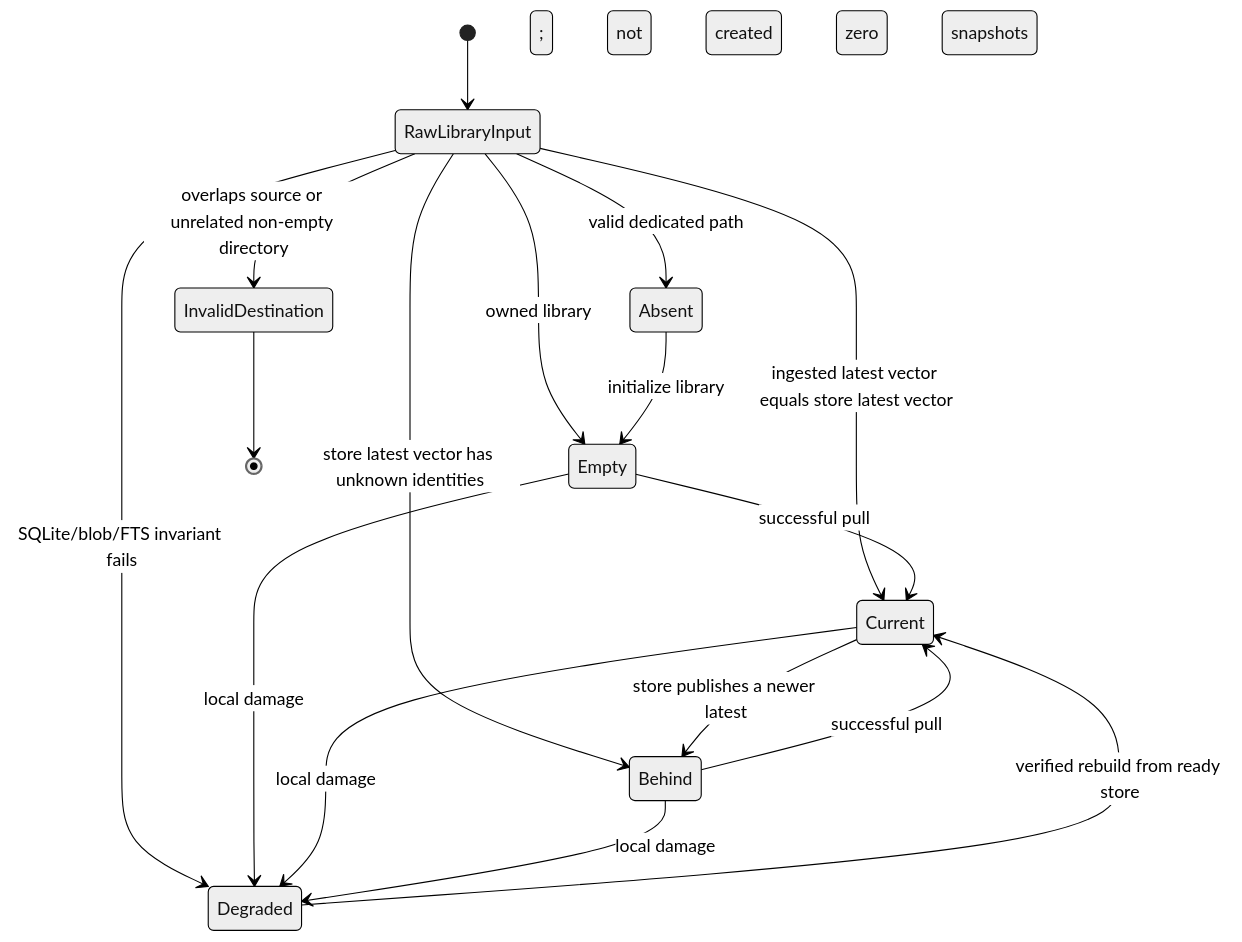
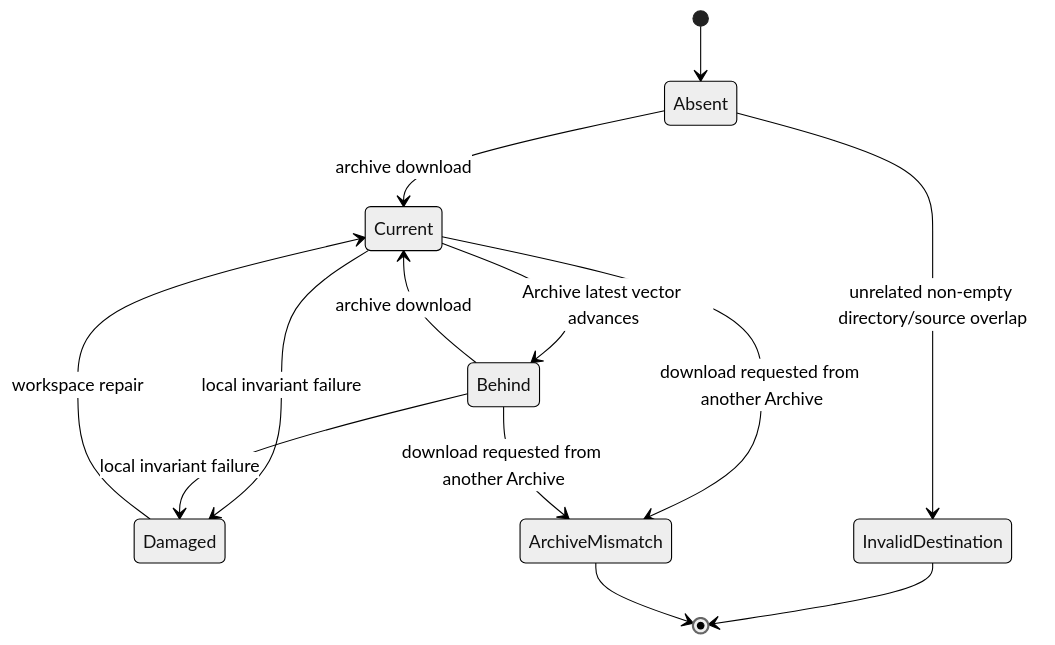
One commit to adewale/aha changed the fourth of 5 diagrams in docs/command-state-machine-v0.2-plan.md. Above: the diagram before and after it, drawn with Mermaid (neutral theme). The commit also changed other lines of this file and 2 other files, not shown here.

Commit message:
docs: refine 0.2 around Archive and Workspace

````diff
--- a/docs/command-state-machine-v0.2-plan.md
+++ b/docs/command-state-machine-v0.2-plan.md
@@ -176,21 +427,18 @@
 ```mermaid
 stateDiagram-v2
-    [*] --> RawLibraryInput
-    RawLibraryInput --> InvalidDestination: overlaps source or unrelated non-empty directory
-    RawLibraryInput --> Absent: valid dedicated path; not created
-    RawLibraryInput --> Empty: owned library; zero snapshots
-    RawLibraryInput --> Current: ingested latest vector equals store latest vector
-    RawLibraryInput --> Behind: store latest vector has unknown identities
-    RawLibraryInput --> Degraded: SQLite/blob/FTS invariant fails
+    [*] --> Absent
+    Absent --> Current: archive download
+    Current --> Behind: Archive latest vector advances
+    Behind --> Current: archive download
 
-    Absent --> Empty: initialize library
-    Empty --> Current: successful pull
-    Current --> Behind: store publishes a newer latest
-    Behind --> Current: successful pull
-    Empty --> Degraded: local damage
-    Current --> Degraded: local damage
-    Behind --> Degraded: local damage
-    Degraded --> Current: verified rebuild from ready store
+    Current --> Damaged: local invariant failure
+    Behind --> Damaged: local invariant failure
+    Damaged --> Current: workspace repair
+
+    Absent --> InvalidDestination: unrelated non-empty directory/source overlap
+    Current --> ArchiveMismatch: download requested from another Archive
+    Behind --> ArchiveMismatch: download requested from another Archive
 
     InvalidDestination --> [*]
+    ArchiveMismatch --> [*]
 ```
````
